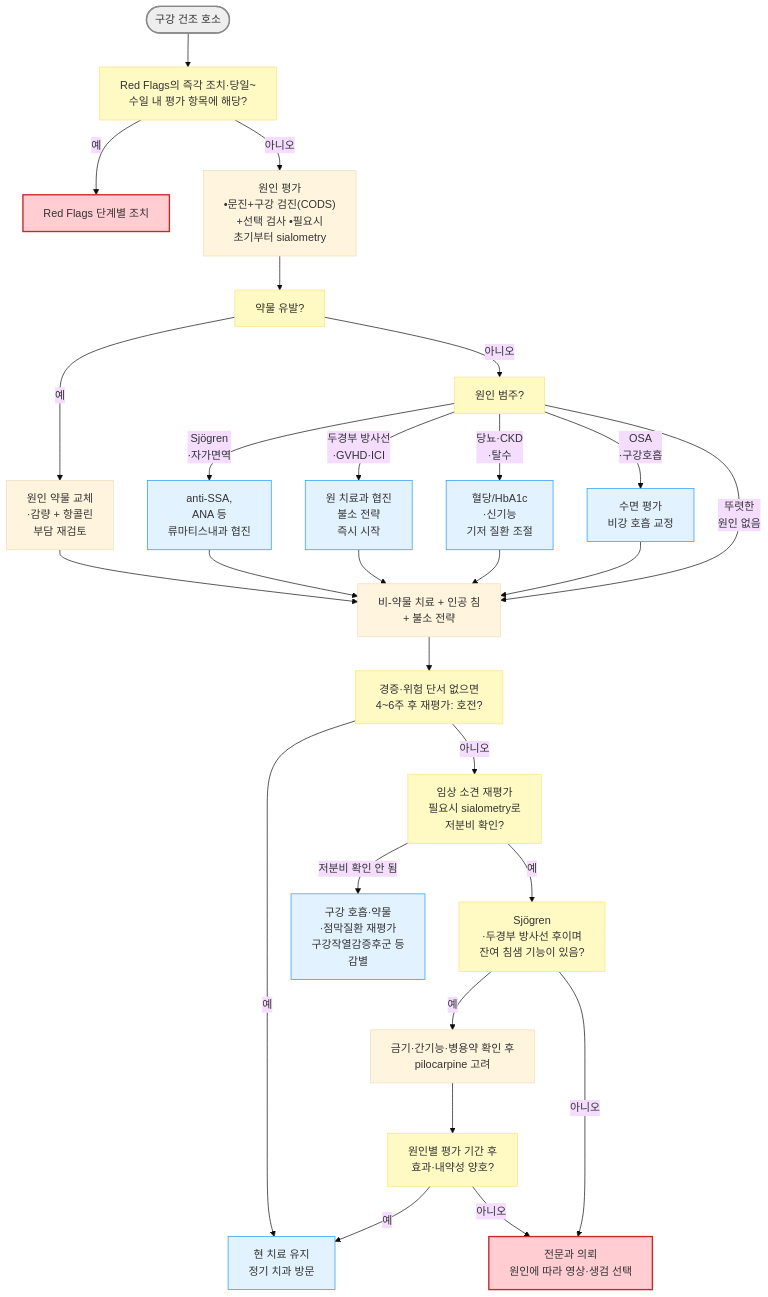
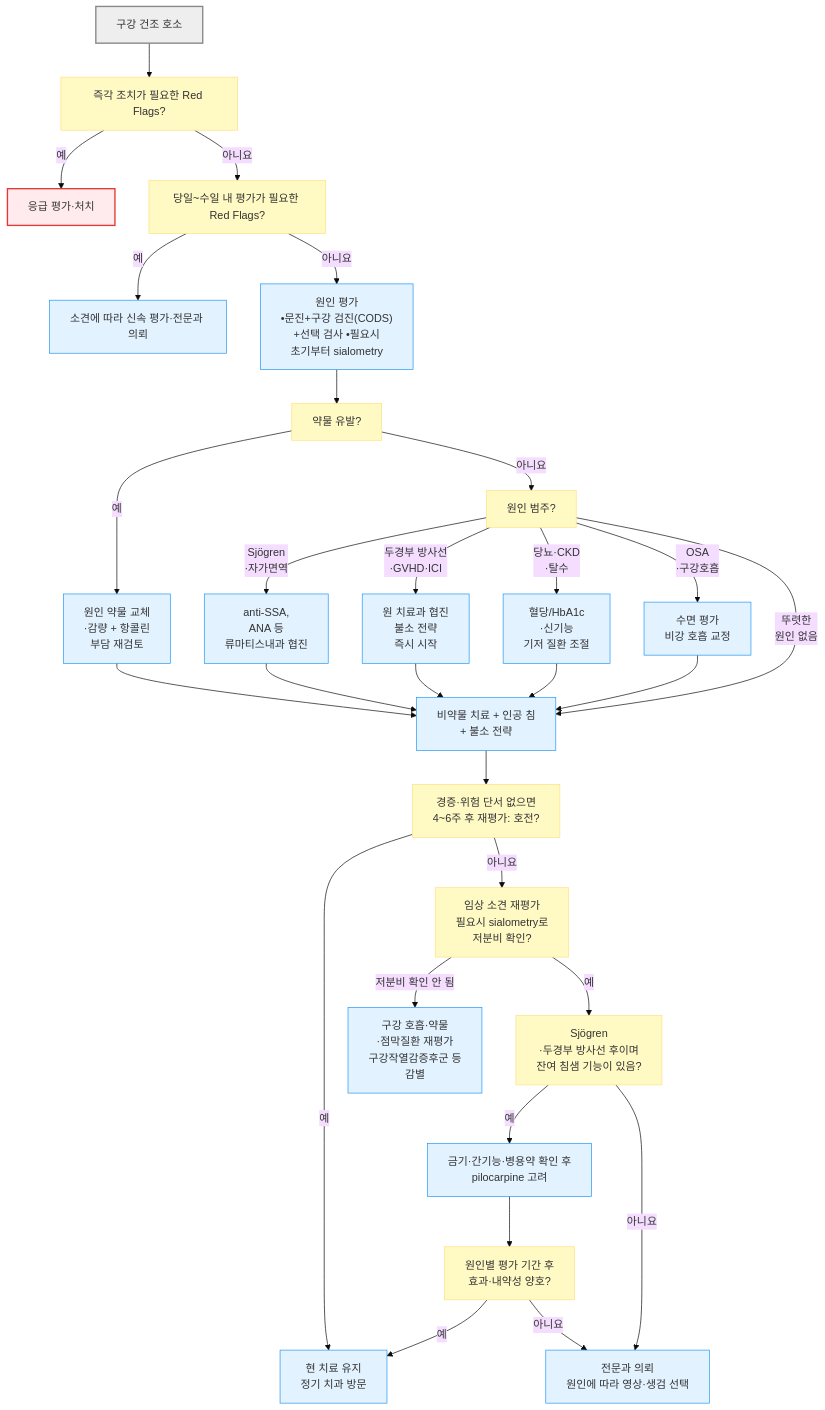
One commit to familyoh77/familyoh77 changed the diagram in 222_/056_-dry-mouth.md. Above: the diagram before and after it, drawn with Mermaid (base theme). The commit also changed other lines of this file and 13 other files, not shown here.

````diff
--- a/222_/056_-dry-mouth.md
+++ b/222_/056_-dry-mouth.md
@@ -160,38 +160,39 @@
 ```mermaid
 graph TD
-    A(["구강 건조 호소"]) --> B["Red Flags의 즉각 조치·당일~수일 내 평가 항목에 해당?"]
-    B -- 예 --> C["Red Flags 단계별 조치"]
-    B -- 아니오 --> D["원인 평가<br/>•문진+구강 검진(CODS)<br/>+선택 검사 •필요시 <br/>초기부터 sialometry"]
+    A["구강 건조 호소"] --> EM["즉각 조치가 필요한 Red Flags?"]
+    EM -- "예" --> ER["응급 평가·처치"]
+    EM -- "아니요" --> B["당일~수일 내 평가가 필요한 Red Flags?"]
+    B -- "예" --> C["소견에 따라 신속 평가·전문과 의뢰"]
+    B -- "아니요" --> D["원인 평가<br/>•문진+구강 검진(CODS)<br/>+선택 검사 •필요시 <br/>초기부터 sialometry"]
     D --> E["약물 유발?"]
-    E -- 예 --> F["원인 약물 교체<br/>·감량 + 항콜린 <br/>부담 재검토"]
-    E -- 아니오 --> G["원인 범주?"]
+    E -- "예" --> F["원인 약물 교체<br/>·감량 + 항콜린 <br/>부담 재검토"]
+    E -- "아니요" --> G["원인 범주?"]
     G -- "Sjögren<br/>·자가면역" --> H["anti-SSA, <br/>ANA 등<br/>류마티스내과 협진"]
     G -- "두경부 방사선<br/>·GVHD·ICI" --> S["원 치료과 협진<br/>불소 전략 <br/>즉시 시작"]
     G -- "당뇨·CKD<br/>·탈수" --> I["혈당/HbA1c<br/>·신기능<br/>기저 질환 조절"]
     G -- "OSA<br/>·구강호흡" --> P["수면 평가<br/>비강 호흡 교정"]
     G -- "뚜렷한 <br/>원인 없음" --> J
-    F --> J["비-약물 치료 + 인공 침<br/>+ 불소 전략"]
+    F --> J["비약물 치료 + 인공 침<br/>+ 불소 전략"]
     H --> J
     S --> J
     I --> J
     P --> J
     J --> K["경증·위험 단서 없으면<br/>4~6주 후 재평가: 호전?"]
-    K -- 예 --> M["현 치료 유지<br/>정기 치과 방문"]
-    K -- 아니오 --> Q["임상 소견 재평가<br/>필요시 sialometry로 <br/>저분비 확인?"]
+    K -- "예" --> M["현 치료 유지<br/>정기 치과 방문"]
+    K -- "아니요" --> Q["임상 소견 재평가<br/>필요시 sialometry로 <br/>저분비 확인?"]
     Q -- "저분비 확인 안 됨" --> R["구강 호흡·약물<br/>·점막질환 재평가<br/>구강작열감증후군 등 <br/>감별"]
-    Q -- 예 --> T["Sjögren<br/>·두경부 방사선 후이며<br/>잔여 침샘 기능이 있음?"]
-    T -- 예 --> L["금기·간기능·병용약 확인 후<br/>pilocarpine 고려"]
-    T -- 아니오 --> O
+    Q -- "예" --> T["Sjögren<br/>·두경부 방사선 후이며<br/>잔여 침샘 기능이 있음?"]
+    T -- "예" --> L["금기·간기능·병용약 확인 후<br/>pilocarpine 고려"]
+    T -- "아니요" --> O
     L --> N["원인별 평가 기간 후<br/>효과·내약성 양호?"]
-    N -- 예 --> M
-    N -- 아니오 --> O["전문과 의뢰<br/>원인에 따라 영상·생검 선택"]
-    style A fill:#eeeeee,stroke:#888888,stroke-width:2px
+    N -- "예" --> M
+    N -- "아니요" --> O["전문과 의뢰<br/>원인에 따라 영상·생검 선택"]
+    style A fill:#eee,stroke:#888,stroke-width:2px
     classDef yellow fill:#fff9c4,stroke:#ffe082
-    class B,E,G,K,Q,T,N yellow
+    class EM,B,E,G,K,Q,T,N yellow
     classDef sky fill:#e3f2ff,stroke:#2196f3
-    class H,S,I,P,R,M sky
-    style C fill:#ffcdd2,stroke:#c62828,stroke-width:2px
-    style O fill:#ffcdd2,stroke:#c62828,stroke-width:2px
+    class H,S,I,P,R,M,D,F,J,L,O,C sky
+    style ER fill:#ffebee,stroke:#e53935,stroke-width:2px
 
 
 ```
````
